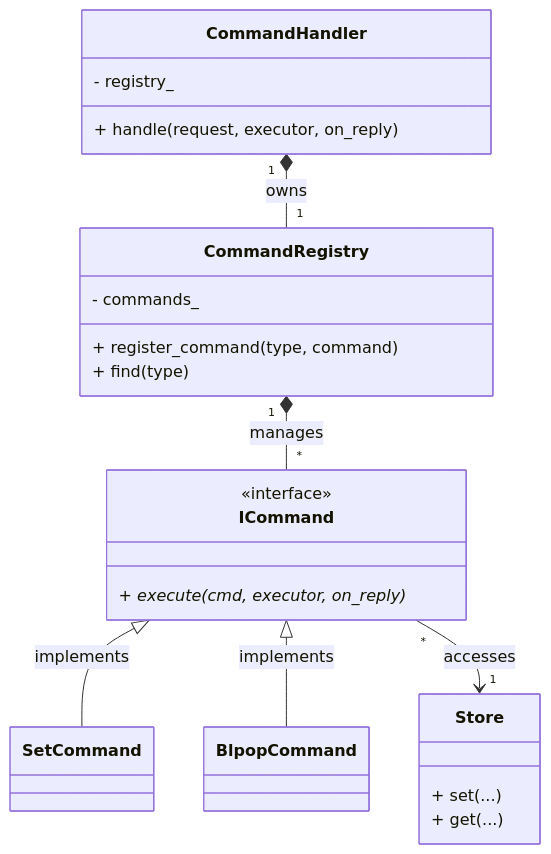
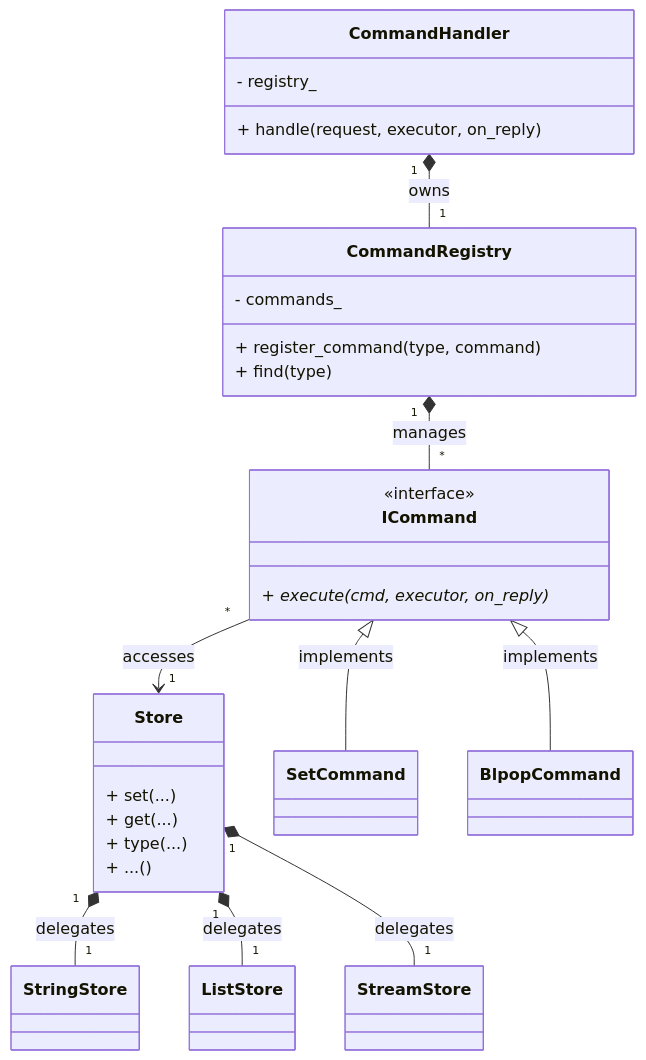
The second of 2 diagrams in README.md (fgulde/redis-clone), drawn with Mermaid before and after one commit. The commit also changed other lines of this file and 12 other files, not shown here.

````diff
--- a/README.md
+++ b/README.md
@@ -121,28 +121,34 @@
 ```mermaid
 classDiagram
     class CommandHandler {
         - registry_
         + handle(request, executor, on_reply)
     }
     class CommandRegistry {
         - commands_
         + register_command(type, command)
         + find(type)
     }
     class ICommand {
         <<interface>>
         + execute(cmd, executor, on_reply)*
     }
     class Store {
         + set(...)
         + get(...)
+        + type(...)
+        + ...()
     }
-    class SetCommand
-    class BlpopCommand
+    class StringStore
+    class ListStore
+    class StreamStore
     
     CommandHandler "1" *-- "1" CommandRegistry : owns
     CommandRegistry "1" *-- "*" ICommand : manages
     ICommand <|-- SetCommand : implements
     ICommand <|-- BlpopCommand : implements
     ICommand "*" --> "1" Store : accesses
+    Store "1" *-- "1" StringStore : delegates
+    Store "1" *-- "1" ListStore : delegates
+    Store "1" *-- "1" StreamStore : delegates
 ```
````
